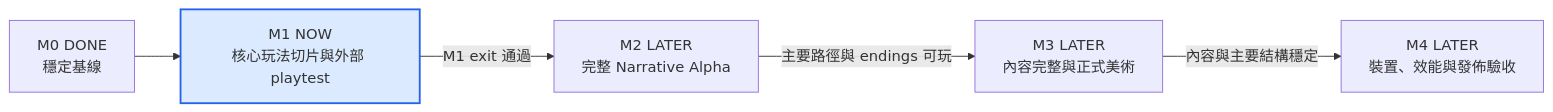
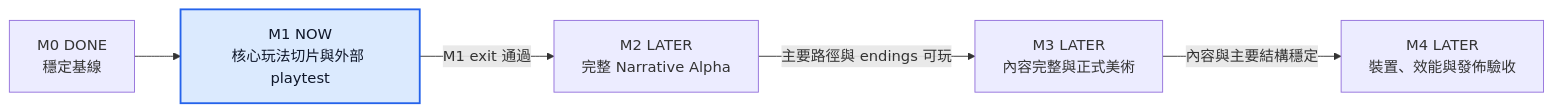
The first of 3 diagrams in ROADMAP.md (TsungmingLiu/seventeen-floor-neighbor), drawn with Mermaid before and after one commit. The commit also changed other lines of this file, not shown here.

Commit message:
docs: keep active Mermaid labels readable in dark and light themes

````diff
--- a/ROADMAP.md
+++ b/ROADMAP.md
@@ -64,9 +64,9 @@
 ```mermaid
 flowchart LR
     M0["M0 DONE<br/>穩定基線"] --> M1["M1 NOW<br/>核心玩法切片與外部 playtest"]
     M1 -->|"M1 exit 通過"| M2["M2 LATER<br/>完整 Narrative Alpha"]
     M2 -->|"主要路徑與 endings 可玩"| M3["M3 LATER<br/>內容完整與正式美術"]
     M3 -->|"內容與主要結構穩定"| M4["M4 LATER<br/>裝置、效能與發佈驗收"]
-    classDef current fill:#dbeafe,stroke:#2563eb,stroke-width:2px;
+    classDef current fill:#dbeafe,stroke:#2563eb,stroke-width:2px,color:#0f172a;
     class M1 current;
 ```
````
